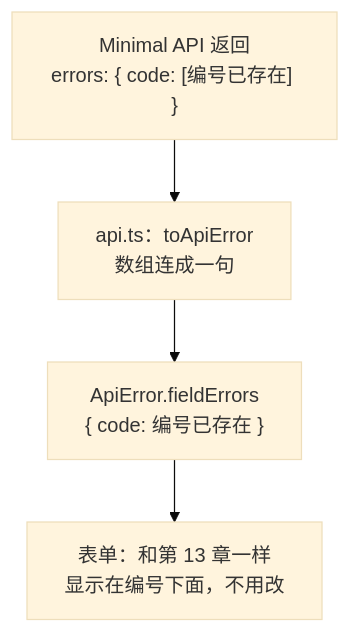
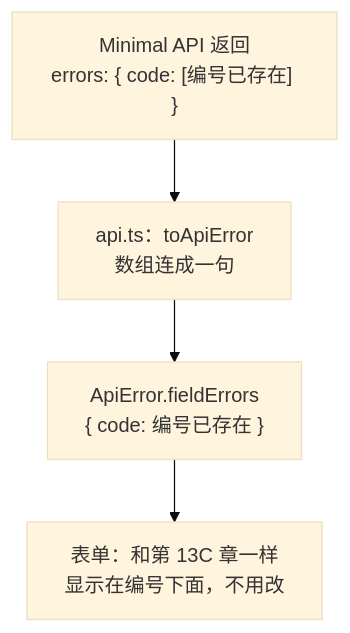
One commit to zerioo1970/summary changed the second of 3 diagrams in React19精简教程/docs/ch15-minimal-api.md. Above: the diagram before and after it, drawn with Mermaid (base theme). The commit also changed other lines of this file and 122 other files, not shown here.

````diff
--- a/React19精简教程/docs/ch15-minimal-api.md
+++ b/React19精简教程/docs/ch15-minimal-api.md
@@ -349,6 +349,6 @@
 ```mermaid
 graph TB
     A["Minimal API 返回<br/>errors: { code: [编号已存在] }"] --> B["api.ts：toApiError<br/>数组连成一句"]
     B --> C["ApiError.fieldErrors<br/>{ code: 编号已存在 }"]
-    C --> D["表单：和第 13 章一样<br/>显示在编号下面，不用改"]
+    C --> D["表单：和第 13C 章一样<br/>显示在编号下面，不用改"]
 ```
````
